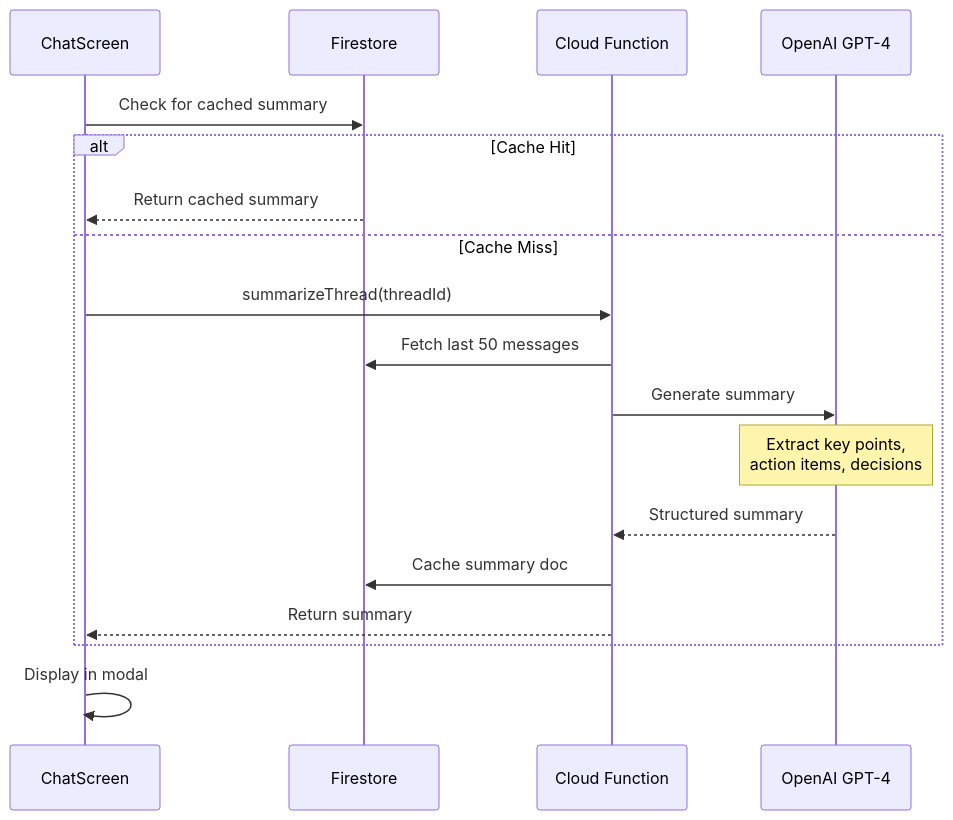
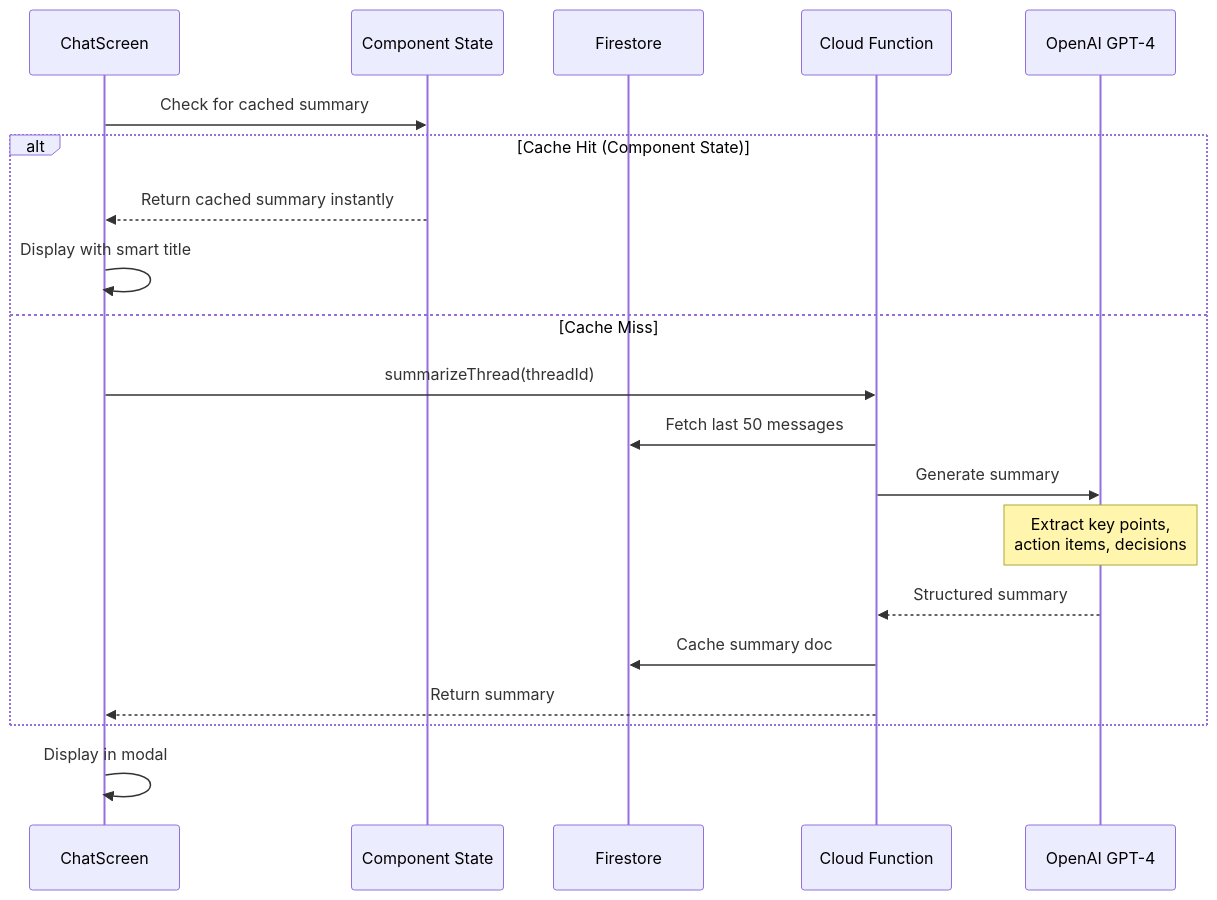
The fourth of 20 diagrams in ARCHITECTURE.md (mdayku/wazzap), drawn with Mermaid before and after one commit. The commit also changed other lines of this file and 5 other files, not shown here.

````diff
--- a/ARCHITECTURE.md
+++ b/ARCHITECTURE.md
@@ -89,23 +95,25 @@
 ```mermaid
 sequenceDiagram
     participant C as ChatScreen
+    participant S as Component State
     participant F as Firestore
     participant CF as Cloud Function
     participant AI as OpenAI GPT-4
     
-    C->>F: Check for cached summary
+    C->>S: Check for cached summary
     
-    alt Cache Hit
-        F-->>C: Return cached summary
+    alt Cache Hit (Component State)
+        S-->>C: Return cached summary instantly
+        C->>C: Display with smart title
     else Cache Miss
         C->>CF: summarizeThread(threadId)
         CF->>F: Fetch last 50 messages
         CF->>AI: Generate summary
         Note over AI: Extract key points,<br/>action items, decisions
         AI-->>CF: Structured summary
         CF->>F: Cache summary doc
         CF-->>C: Return summary
     end
     
     C->>C: Display in modal
 ```
````
